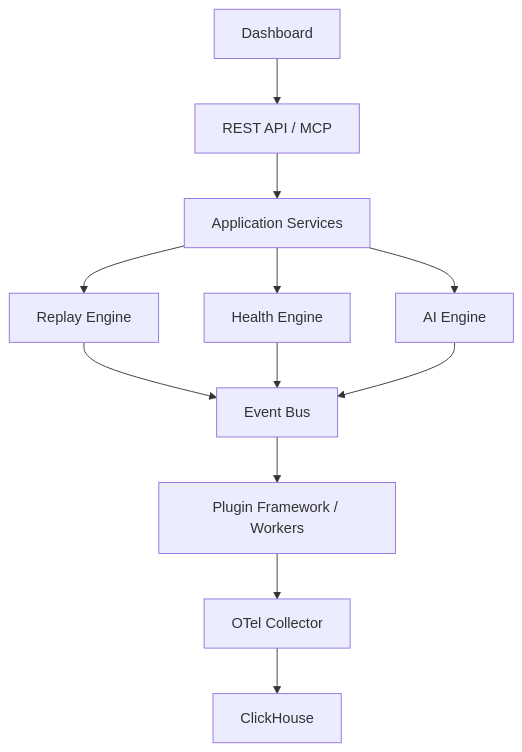
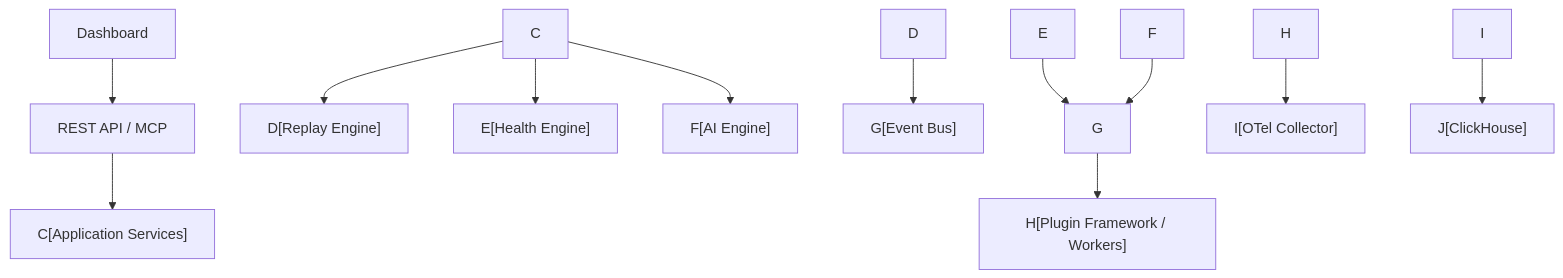
The second of 4 diagrams in docs/architecture/026_Reference Architecture.md (frag2win/TelemetryHealth), drawn with Mermaid before and after one commit. The commit also changed other lines of this file and 25 other files, not shown here.

Commit message:
docs: fix strict Mermaid.js parse errors (unsupported inline quoted node IDs)

````diff
--- a/docs/architecture/026_Reference Architecture.md
+++ b/docs/architecture/026_Reference Architecture.md
@@ -91,14 +91,14 @@
 ```mermaid
 graph TD
-    A[Dashboard] --> B[REST API / MCP]
-    B --> C[Application Services]
-    C --> D[Replay Engine]
-    C --> E[Health Engine]
-    C --> F[AI Engine]
-    D --> G[Event Bus]
+A[Dashboard] --> B[REST API / MCP]
+    B --> N1["C[Application Services]"]
+    C --> N2["D[Replay Engine]"]
+    C --> N3["E[Health Engine]"]
+    C --> N4["F[AI Engine]"]
+    D --> N5["G[Event Bus]"]
     E --> G
     F --> G
-    G --> H[Plugin Framework / Workers]
-    H --> I[OTel Collector]
-    I --> J[ClickHouse]
+    G --> N6["H[Plugin Framework / Workers]"]
+    H --> N7["I[OTel Collector]"]
+    I --> N8["J[ClickHouse]"]
 ```
````
